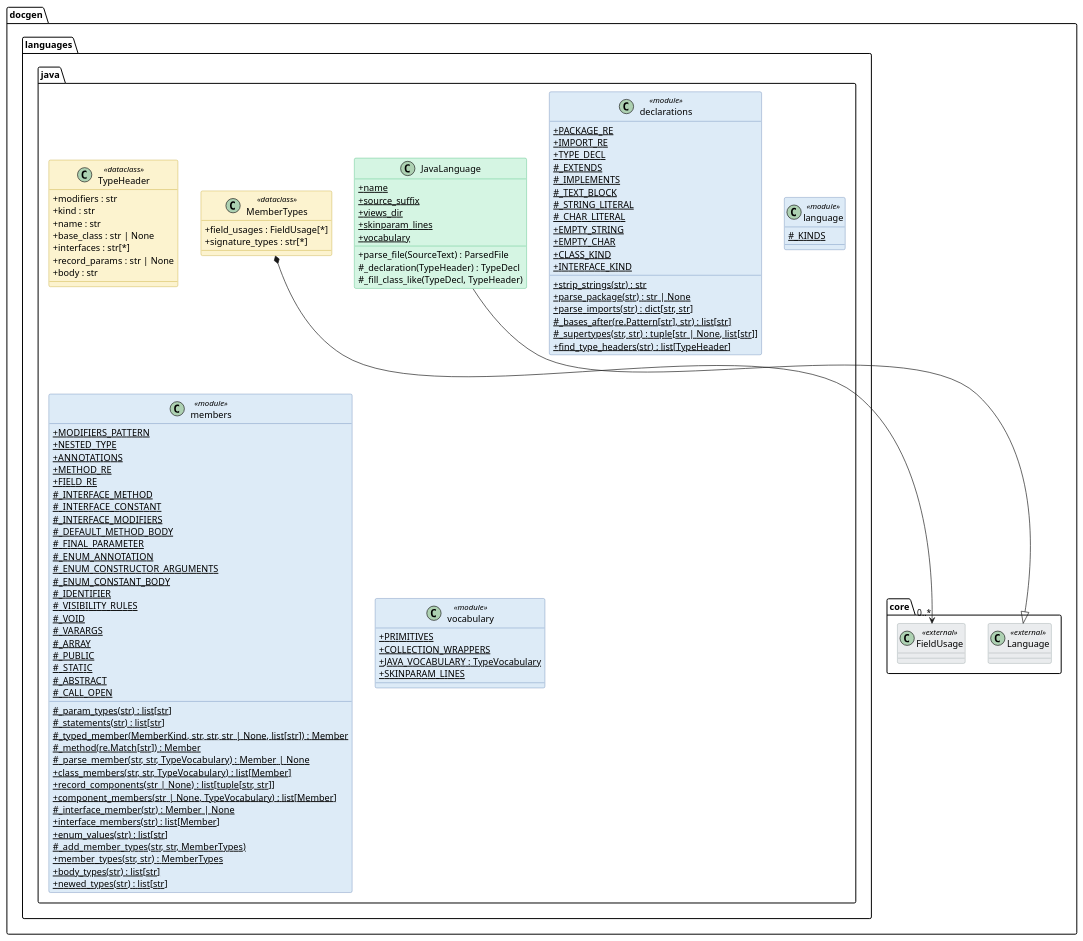
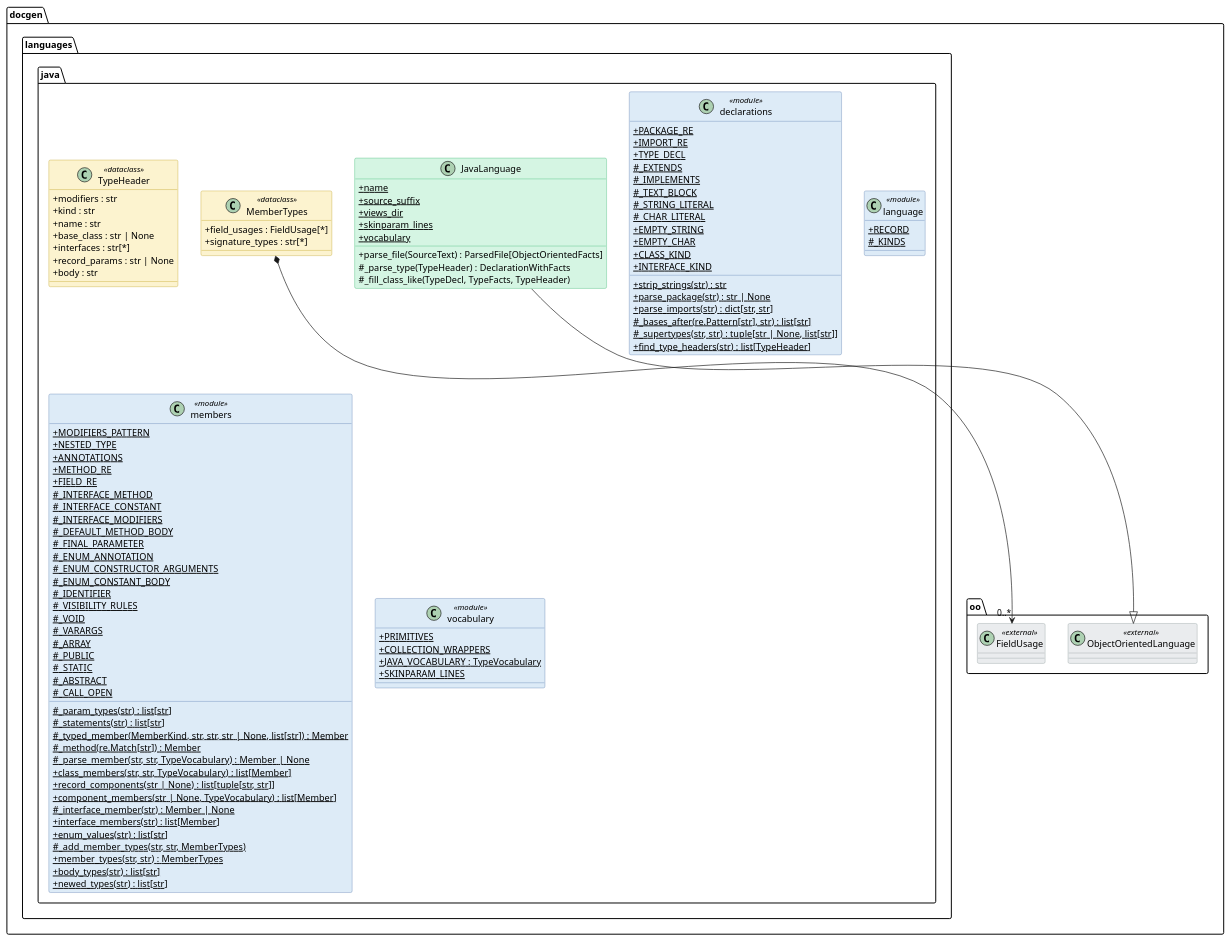
One commit to Boulede987/DocGeneration changed the diagram in docs/Modelisation/Packages/java.puml. Above: the diagram before and after it, drawn with PlantUML. The commit also changed 129 other files, not shown here.

First line of the commit message:
refactor(core): make the core a pure UML model; languages compute relations

```diff
--- a/docs/Modelisation/Packages/java.puml
+++ b/docs/Modelisation/Packages/java.puml
@@ -1,141 +1,142 @@
 @startuml java
 
 skinparam classAttributeIconSize 0
 skinparam shadowing false
 
 skinparam class {
   BackgroundColor<<interface>> #D6EAF8
   BorderColor<<interface>> #2E86C1
 }
 skinparam class {
   BackgroundColor<<abstract>> #E8DAEF
   BorderColor<<abstract>> #8E44AD
 }
 skinparam class {
   BackgroundColor #D5F5E3
   BorderColor #27AE60
 }
 skinparam class {
   BackgroundColor<<dataclass>> #FCF3CF
   BorderColor<<dataclass>> #B7950B
 }
 skinparam class {
   BackgroundColor<<module>> #DDEBF7
   BorderColor<<module>> #4A6FA5
 }
 skinparam class {
   BackgroundColor<<static>> #a7faa0
   BorderColor<<static>> #38d610
 }
 skinparam class {
   BackgroundColor<<enum>> #F5B7B1
   BorderColor<<enum>> #C0392B
 }
 
 skinparam class {
   BackgroundColor<<external>> #EAECEE
   BorderColor<<external>> #839192
 }
 
 namespace docgen.languages.java {
 class TypeHeader <<dataclass>> {
   + modifiers : str
   + kind : str
   + name : str
   + base_class : str | None
   + interfaces : str[*]
   + record_params : str | None
   + body : str
 }
 class declarations <<module>> {
   + {static} PACKAGE_RE
   + {static} IMPORT_RE
   + {static} TYPE_DECL
   # {static} _EXTENDS
   # {static} _IMPLEMENTS
   # {static} _TEXT_BLOCK
   # {static} _STRING_LITERAL
   # {static} _CHAR_LITERAL
   + {static} EMPTY_STRING
   + {static} EMPTY_CHAR
   + {static} CLASS_KIND
   + {static} INTERFACE_KIND
   + {static} strip_strings(str) : str
   + {static} parse_package(str) : str | None
   + {static} parse_imports(str) : dict[str, str]
   # {static} _bases_after(re.Pattern[str], str) : list[str]
   # {static} _supertypes(str, str) : tuple[str | None, list[str]]
   + {static} find_type_headers(str) : list[TypeHeader]
 }
 class JavaLanguage {
   + {static} name
   + {static} source_suffix
   + {static} views_dir
   + {static} skinparam_lines
   + {static} vocabulary
-  + parse_file(SourceText) : ParsedFile
-  # _declaration(TypeHeader) : TypeDecl
-  # _fill_class_like(TypeDecl, TypeHeader)
+  + parse_file(SourceText) : ParsedFile[ObjectOrientedFacts]
+  # _parse_type(TypeHeader) : DeclarationWithFacts
+  # _fill_class_like(TypeDecl, TypeFacts, TypeHeader)
 }
 class language <<module>> {
+  + {static} RECORD
   # {static} _KINDS
 }
 class MemberTypes <<dataclass>> {
   + field_usages : FieldUsage[*]
   + signature_types : str[*]
 }
 class members <<module>> {
   + {static} MODIFIERS_PATTERN
   + {static} NESTED_TYPE
   + {static} ANNOTATIONS
   + {static} METHOD_RE
   + {static} FIELD_RE
   # {static} _INTERFACE_METHOD
   # {static} _INTERFACE_CONSTANT
   # {static} _INTERFACE_MODIFIERS
   # {static} _DEFAULT_METHOD_BODY
   # {static} _FINAL_PARAMETER
   # {static} _ENUM_ANNOTATION
   # {static} _ENUM_CONSTRUCTOR_ARGUMENTS
   # {static} _ENUM_CONSTANT_BODY
   # {static} _IDENTIFIER
   # {static} _VISIBILITY_RULES
   # {static} _VOID
   # {static} _VARARGS
   # {static} _ARRAY
   # {static} _PUBLIC
   # {static} _STATIC
   # {static} _ABSTRACT
   # {static} _CALL_OPEN
   # {static} _param_types(str) : list[str]
   # {static} _statements(str) : list[str]
   # {static} _typed_member(MemberKind, str, str, str | None, list[str]) : Member
   # {static} _method(re.Match[str]) : Member
   # {static} _parse_member(str, str, TypeVocabulary) : Member | None
   + {static} class_members(str, str, TypeVocabulary) : list[Member]
   + {static} record_components(str | None) : list[tuple[str, str]]
   + {static} component_members(str | None, TypeVocabulary) : list[Member]
   # {static} _interface_member(str) : Member | None
   + {static} interface_members(str) : list[Member]
   + {static} enum_values(str) : list[str]
   # {static} _add_member_types(str, str, MemberTypes)
   + {static} member_types(str, str) : MemberTypes
   + {static} body_types(str) : list[str]
   + {static} newed_types(str) : list[str]
 }
 class vocabulary <<module>> {
   + {static} PRIMITIVES
   + {static} COLLECTION_WRAPPERS
   + {static} JAVA_VOCABULARY : TypeVocabulary
   + {static} SKINPARAM_LINES
 }
 }
-class docgen.core.FieldUsage <<external>> [[core.svg]] {
+class docgen.oo.FieldUsage <<external>> [[oo.svg]] {
 }
-class docgen.core.Language <<external>> [[core.svg]] {
+class docgen.oo.ObjectOrientedLanguage <<external>> [[oo.svg]] {
 }
 
-docgen.languages.java.JavaLanguage --|> docgen.core.Language
-docgen.languages.java.MemberTypes *--> "0..*" docgen.core.FieldUsage
+docgen.languages.java.JavaLanguage --|> docgen.oo.ObjectOrientedLanguage
+docgen.languages.java.MemberTypes *--> "0..*" docgen.oo.FieldUsage
 
 @enduml
```
